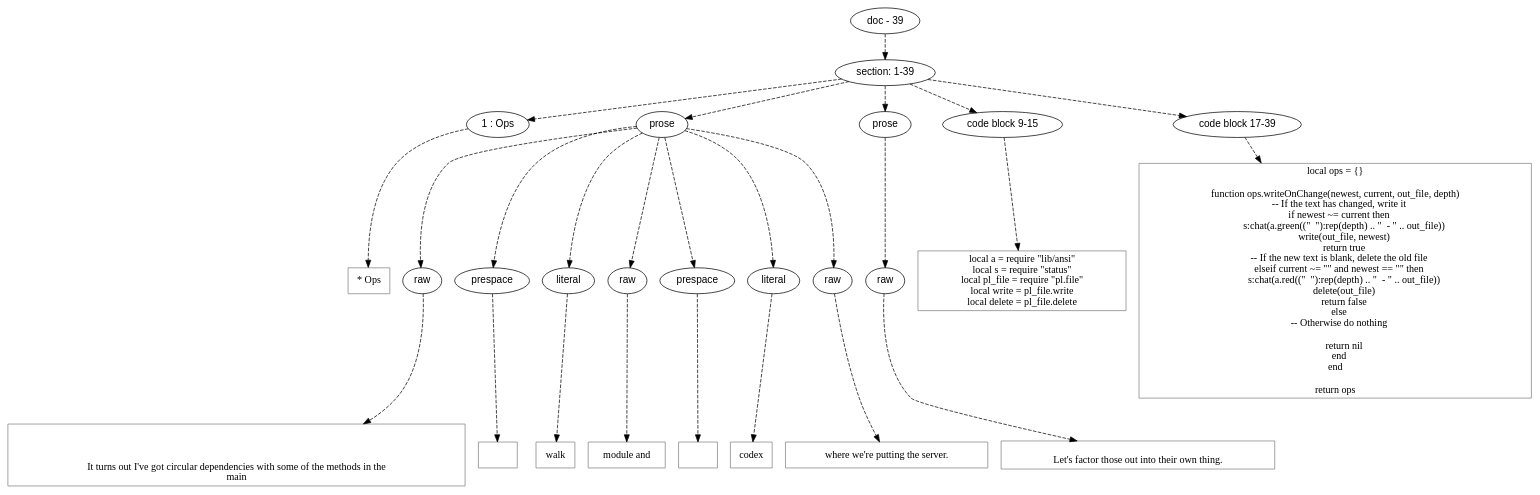
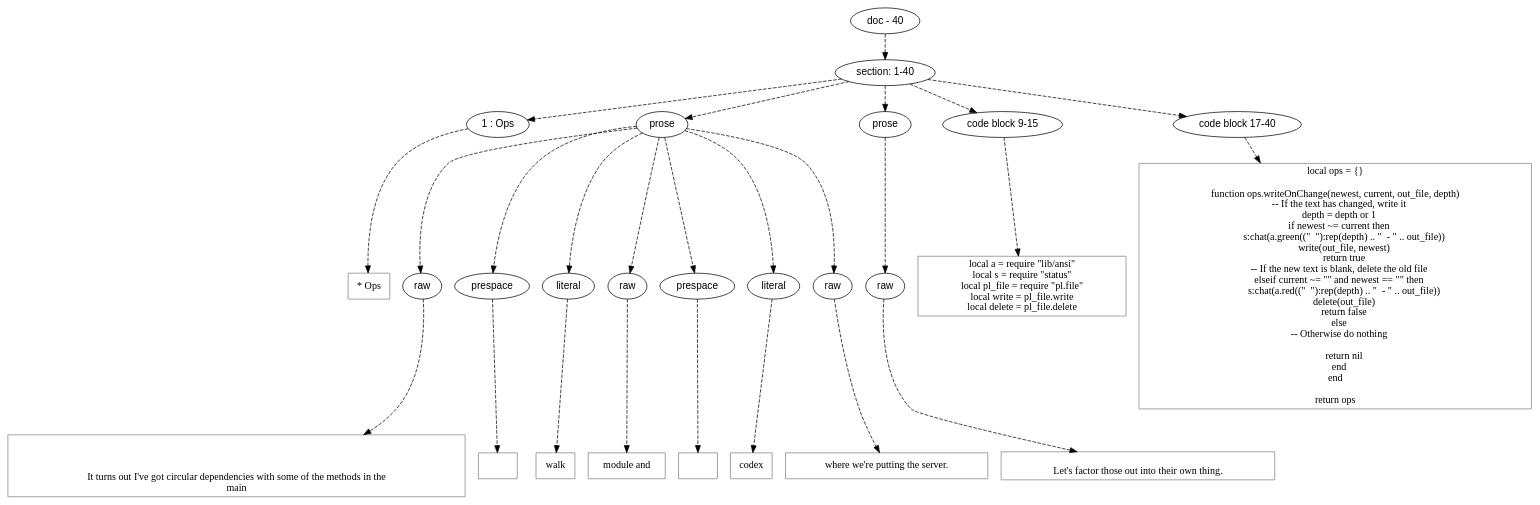
Before and after one commit to mnemnion/orb: the diagram in doc/dot/walk/ops.dot, drawn with Graphviz. The commit also changed 9 other files, not shown here.

```diff
--- a/doc/dot/walk/ops.dot
+++ b/doc/dot/walk/ops.dot
@@ -1,137 +1,138 @@
 digraph lpegNode {
 
 node [fontname=Helvetica]
 edge [style=dashed]
 
-doc_0 [label="doc - 39"]
+doc_0 [label="doc - 40"]
 
 
 doc_0 -> { section_1}
 {rank=same; section_1}
 
-section_1 [label="section: 1-39"]
+section_1 [label="section: 1-40"]
 
 
 // END RANK doc_0
 
 section_1 -> { header_2 prose_3 prose_4 codeblock_5 codeblock_6}
 {rank=same; header_2 prose_3 prose_4 codeblock_5 codeblock_6}
 
 header_2 [label="1 : Ops"]
 
 prose_3 [label="prose"]
 
 prose_4 [label="prose"]
 
 codeblock_5 [label="code block 9-15"]
 
-codeblock_6 [label="code block 17-39"]
+codeblock_6 [label="code block 17-40"]
 
 
 // END RANK section_1
 
 header_2 -> leaf_7
 leaf_7  [color=Gray,shape=rectangle,fontname=Inconsolata,label="* Ops"]
 // END RANK header_2
 
 prose_3 -> { raw_8 prespace_9 literal_10 raw_11 prespace_12 literal_13 raw_14}
 {rank=same; raw_8 prespace_9 literal_10 raw_11 prespace_12 literal_13 raw_14}
 
 raw_8 [label="raw"]
 
 prespace_9 [label="prespace"]
 
 literal_10 [label="literal"]
 
 raw_11 [label="raw"]
 
 prespace_12 [label="prespace"]
 
 literal_13 [label="literal"]
 
 raw_14 [label="raw"]
 
 
 // END RANK prose_3
 
 raw_8 -> leaf_15
 leaf_15  [color=Gray,shape=rectangle,fontname=Inconsolata,label="
 
 
 It turns out I've got circular dependencies with some of the methods in the
 main"]
 // END RANK raw_8
 
 prespace_9 -> leaf_16
 leaf_16  [color=Gray,shape=rectangle,fontname=Inconsolata,label=" "]
 // END RANK prespace_9
 
 literal_10 -> leaf_17
 leaf_17  [color=Gray,shape=rectangle,fontname=Inconsolata,label="walk"]
 // END RANK literal_10
 
 raw_11 -> leaf_18
 leaf_18  [color=Gray,shape=rectangle,fontname=Inconsolata,label=" module and"]
 // END RANK raw_11
 
 prespace_12 -> leaf_19
 leaf_19  [color=Gray,shape=rectangle,fontname=Inconsolata,label=" "]
 // END RANK prespace_12
 
 literal_13 -> leaf_20
 leaf_20  [color=Gray,shape=rectangle,fontname=Inconsolata,label="codex"]
 // END RANK literal_13
 
 raw_14 -> leaf_21
 leaf_21  [color=Gray,shape=rectangle,fontname=Inconsolata,label=" where we're putting the server.
 "]
 // END RANK raw_14
 
 prose_4 -> { raw_22}
 {rank=same; raw_22}
 
 raw_22 [label="raw"]
 
 
 // END RANK prose_4
 
 raw_22 -> leaf_23
 leaf_23  [color=Gray,shape=rectangle,fontname=Inconsolata,label="
 Let's factor those out into their own thing.
 "]
 // END RANK raw_22
 
 codeblock_5 -> leaf_24
 leaf_24  [color=Gray,shape=rectangle,fontname=Inconsolata,label="local a = require \"lib/ansi\"
 local s = require \"status\"
 local pl_file = require \"pl.file\"
 local write = pl_file.write
 local delete = pl_file.delete"]
 // END RANK codeblock_5
 
 codeblock_6 -> leaf_25
 leaf_25  [color=Gray,shape=rectangle,fontname=Inconsolata,label="local ops = {}
 
 function ops.writeOnChange(newest, current, out_file, depth)
     -- If the text has changed, write it
+    depth = depth or 1
     if newest ~= current then
         s:chat(a.green((\"  \"):rep(depth) .. \"  - \" .. out_file))
         write(out_file, newest)
         return true
     -- If the new text is blank, delete the old file
     elseif current ~= \"\" and newest == \"\" then
         s:chat(a.red((\"  \"):rep(depth) .. \"  - \" .. out_file))
         delete(out_file)
         return false
     else
     -- Otherwise do nothing
 
         return nil
     end
 end
 
 return ops"]
 // END RANK codeblock_6
 
 
 }
```
